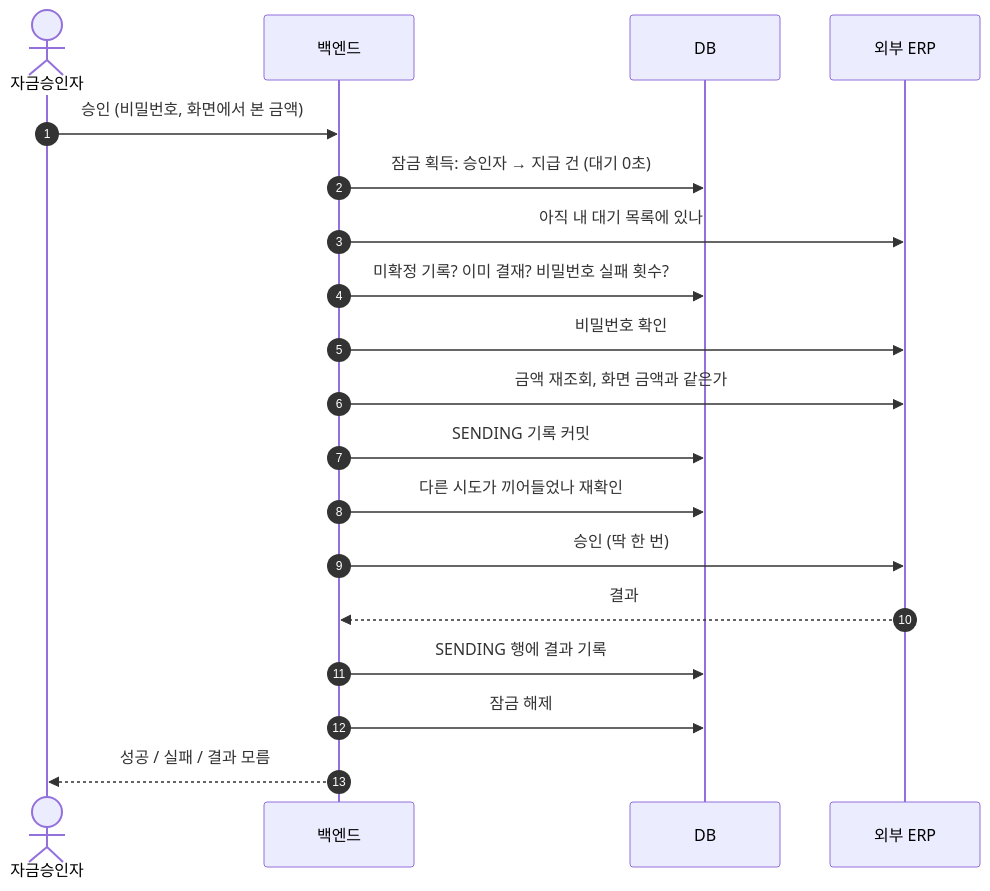
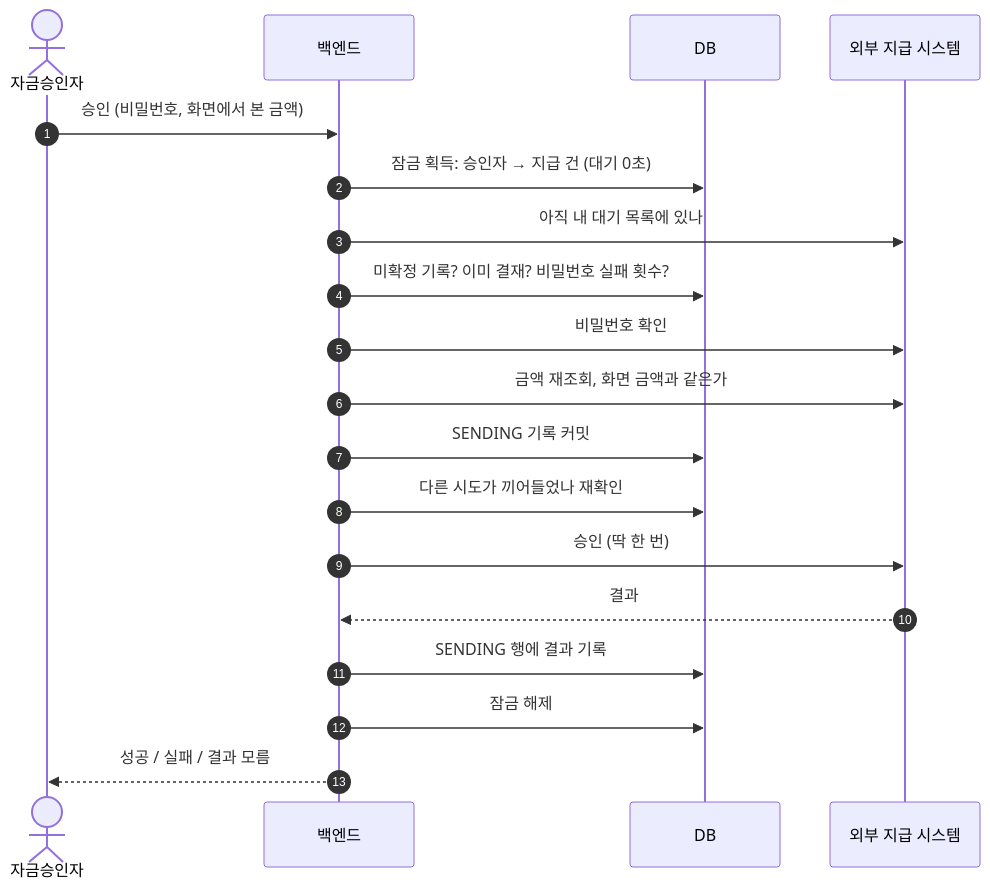
One commit to agent-jeong/backend-lab changed the second of 3 diagrams in 03-work-cases/irreversible-approval-once.md. Above: the diagram before and after it, drawn with Mermaid. The commit also changed other lines of this file and 46 other files, not shown here.

````diff
--- a/03-work-cases/irreversible-approval-once.md
+++ b/03-work-cases/irreversible-approval-once.md
@@ -122,21 +123,21 @@
 ```mermaid
 sequenceDiagram
     autonumber
     actor U as 자금승인자
     participant B as 백엔드
     participant D as DB
-    participant E as 외부 ERP
+    participant E as 외부 지급 시스템
     U->>B: 승인 (비밀번호, 화면에서 본 금액)
     B->>D: 잠금 획득: 승인자 → 지급 건 (대기 0초)
     B->>E: 아직 내 대기 목록에 있나
     B->>D: 미확정 기록? 이미 결재? 비밀번호 실패 횟수?
     B->>E: 비밀번호 확인
     B->>E: 금액 재조회, 화면 금액과 같은가
     B->>D: SENDING 기록 커밋
     B->>D: 다른 시도가 끼어들었나 재확인
     B->>E: 승인 (딱 한 번)
     E-->>B: 결과
     B->>D: SENDING 행에 결과 기록
     B->>D: 잠금 해제
     B-->>U: 성공 / 실패 / 결과 모름
 ```
````
